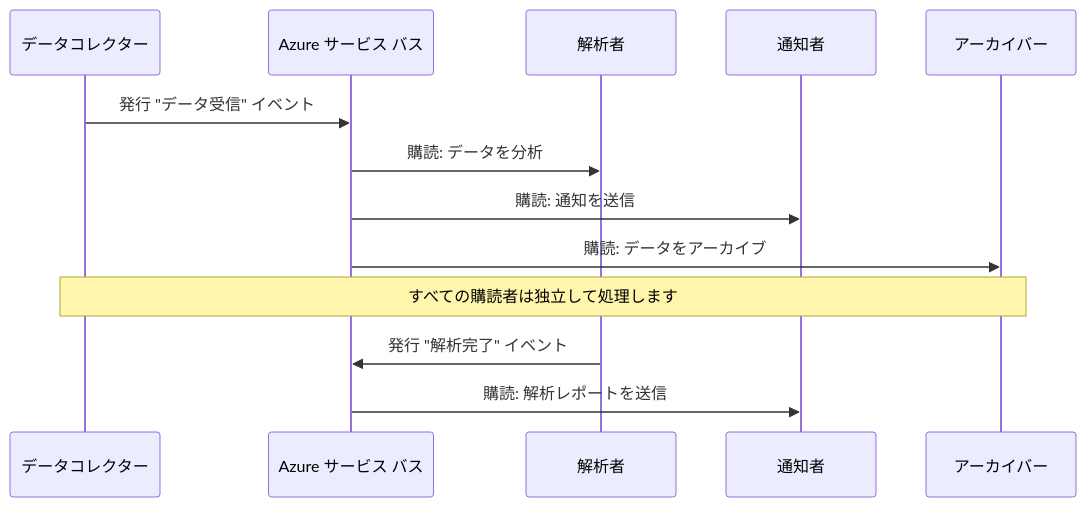
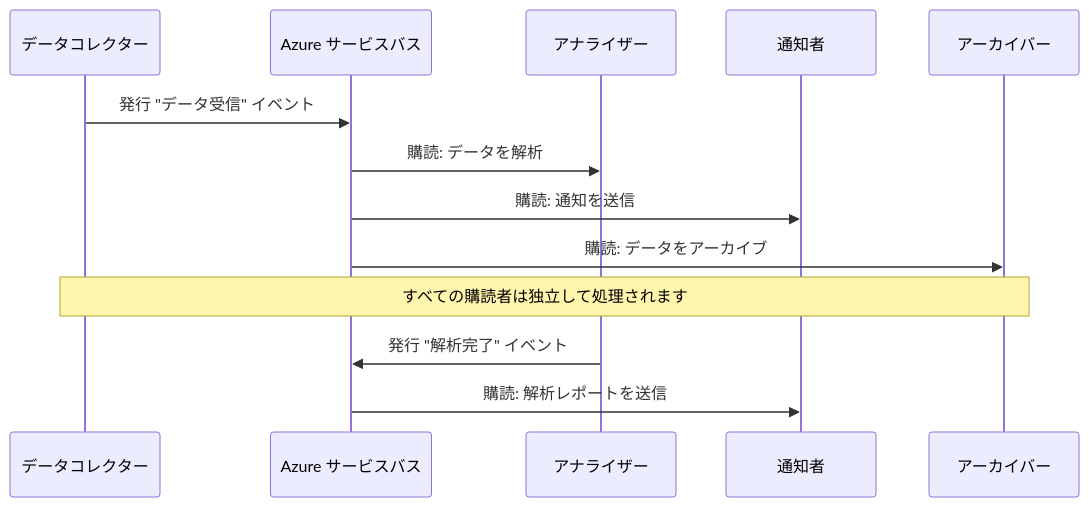
Before and after one commit to microsoft/AZD-for-beginners: the fourth of 6 diagrams in translations/ja/docs/chapter-06-pre-deployment/coordination-patterns.md, drawn with Mermaid. The commit also changed other lines of this file and 101 other files, not shown here.

````diff
--- a/translations/ja/docs/chapter-06-pre-deployment/coordination-patterns.md
+++ b/translations/ja/docs/chapter-06-pre-deployment/coordination-patterns.md
@@ -192,18 +185,18 @@
 ```mermaid
 sequenceDiagram
     participant Agent1 as データコレクター
-    participant EventBus as Azure サービス バス
-    participant Agent2 as 解析者
+    participant EventBus as Azure サービスバス
+    participant Agent2 as アナライザー
     participant Agent3 as 通知者
     participant Agent4 as アーカイバー
     
     Agent1->>EventBus: 発行 "データ受信" イベント
-    EventBus->>Agent2: 購読: データを分析
+    EventBus->>Agent2: 購読: データを解析
     EventBus->>Agent3: 購読: 通知を送信
     EventBus->>Agent4: 購読: データをアーカイブ
     
-    Note over Agent1,Agent4: すべての購読者は独立して処理します
+    Note over Agent1,Agent4: すべての購読者は独立して処理されます
     
     Agent2->>EventBus: 発行 "解析完了" イベント
     EventBus->>Agent3: 購読: 解析レポートを送信
 ```
````
